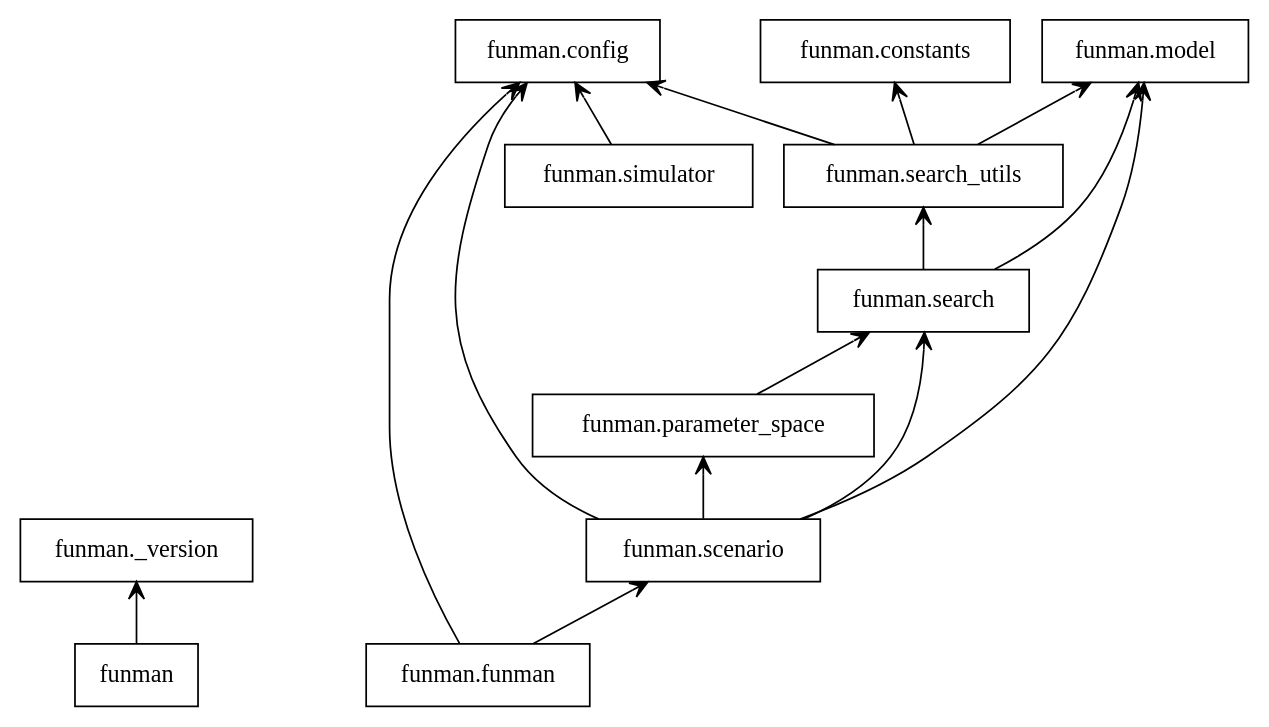
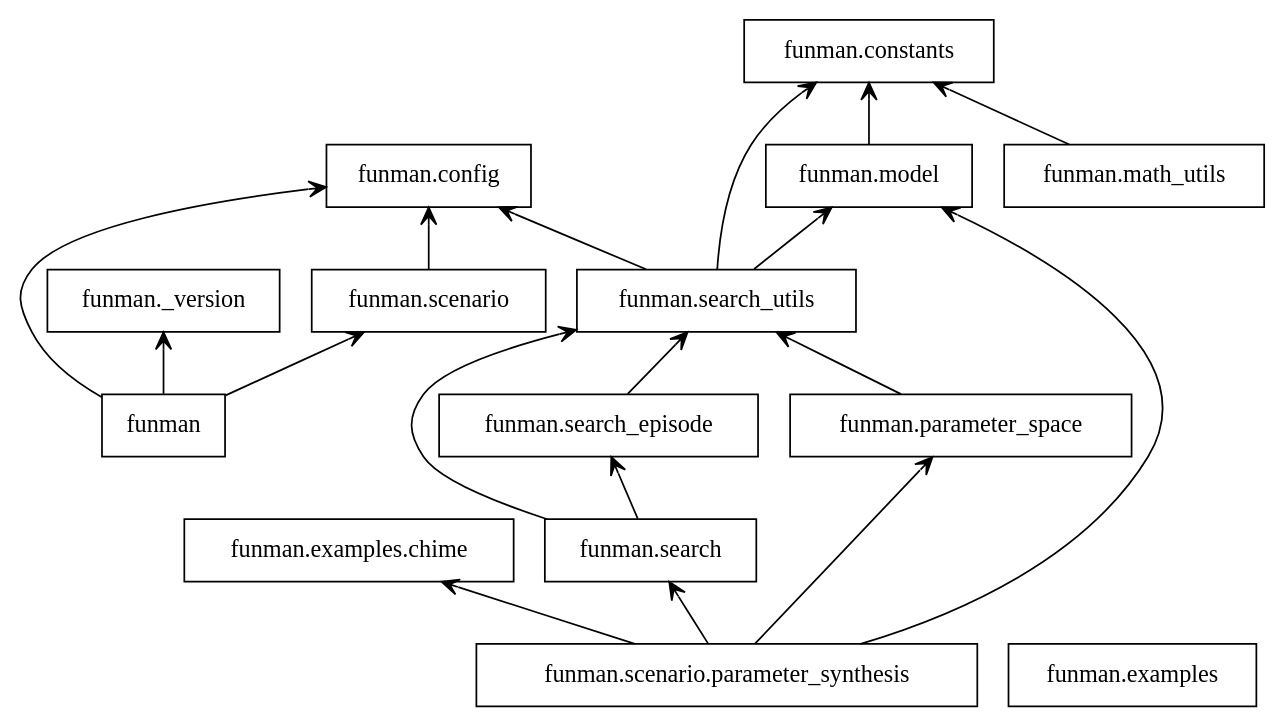
The diagram in docs/_static/packages.dot (ml4ai/funman), drawn with Graphviz before and after one commit. The commit also changed 100 other files, not shown here.

```diff
--- a/docs/_static/packages.dot
+++ b/docs/_static/packages.dot
@@ -1,29 +1,35 @@
 digraph "packages" {
 rankdir=BT
 charset="utf-8"
 "funman" [color="black", label="funman", shape="box", style="solid"];
 "funman._version" [color="black", label="funman._version", shape="box", style="solid"];
 "funman.config" [color="black", label="funman.config", shape="box", style="solid"];
 "funman.constants" [color="black", label="funman.constants", shape="box", style="solid"];
-"funman.funman" [color="black", label="funman.funman", shape="box", style="solid"];
+"funman.examples" [color="black", label="funman.examples", shape="box", style="solid"];
+"funman.examples.chime" [color="black", label="funman.examples.chime", shape="box", style="solid"];
+"funman.math_utils" [color="black", label="funman.math_utils", shape="box", style="solid"];
 "funman.model" [color="black", label="funman.model", shape="box", style="solid"];
 "funman.parameter_space" [color="black", label="funman.parameter_space", shape="box", style="solid"];
 "funman.scenario" [color="black", label="funman.scenario", shape="box", style="solid"];
+"funman.scenario.parameter_synthesis" [color="black", label="funman.scenario.parameter_synthesis", shape="box", style="solid"];
 "funman.search" [color="black", label="funman.search", shape="box", style="solid"];
+"funman.search_episode" [color="black", label="funman.search_episode", shape="box", style="solid"];
 "funman.search_utils" [color="black", label="funman.search_utils", shape="box", style="solid"];
-"funman.simulator" [color="black", label="funman.simulator", shape="box", style="solid"];
 "funman" -> "funman._version" [arrowhead="open", arrowtail="none"];
-"funman.funman" -> "funman.config" [arrowhead="open", arrowtail="none"];
-"funman.funman" -> "funman.scenario" [arrowhead="open", arrowtail="none"];
-"funman.parameter_space" -> "funman.search" [arrowhead="open", arrowtail="none"];
+"funman" -> "funman.config" [arrowhead="open", arrowtail="none"];
+"funman" -> "funman.scenario" [arrowhead="open", arrowtail="none"];
+"funman.math_utils" -> "funman.constants" [arrowhead="open", arrowtail="none"];
+"funman.model" -> "funman.constants" [arrowhead="open", arrowtail="none"];
+"funman.parameter_space" -> "funman.search_utils" [arrowhead="open", arrowtail="none"];
 "funman.scenario" -> "funman.config" [arrowhead="open", arrowtail="none"];
-"funman.scenario" -> "funman.model" [arrowhead="open", arrowtail="none"];
-"funman.scenario" -> "funman.parameter_space" [arrowhead="open", arrowtail="none"];
-"funman.scenario" -> "funman.search" [arrowhead="open", arrowtail="none"];
-"funman.search" -> "funman.model" [arrowhead="open", arrowtail="none"];
+"funman.scenario.parameter_synthesis" -> "funman.examples.chime" [arrowhead="open", arrowtail="none"];
+"funman.scenario.parameter_synthesis" -> "funman.model" [arrowhead="open", arrowtail="none"];
+"funman.scenario.parameter_synthesis" -> "funman.parameter_space" [arrowhead="open", arrowtail="none"];
+"funman.scenario.parameter_synthesis" -> "funman.search" [arrowhead="open", arrowtail="none"];
+"funman.search" -> "funman.search_episode" [arrowhead="open", arrowtail="none"];
 "funman.search" -> "funman.search_utils" [arrowhead="open", arrowtail="none"];
+"funman.search_episode" -> "funman.search_utils" [arrowhead="open", arrowtail="none"];
 "funman.search_utils" -> "funman.config" [arrowhead="open", arrowtail="none"];
 "funman.search_utils" -> "funman.constants" [arrowhead="open", arrowtail="none"];
 "funman.search_utils" -> "funman.model" [arrowhead="open", arrowtail="none"];
-"funman.simulator" -> "funman.config" [arrowhead="open", arrowtail="none"];
 }
```
